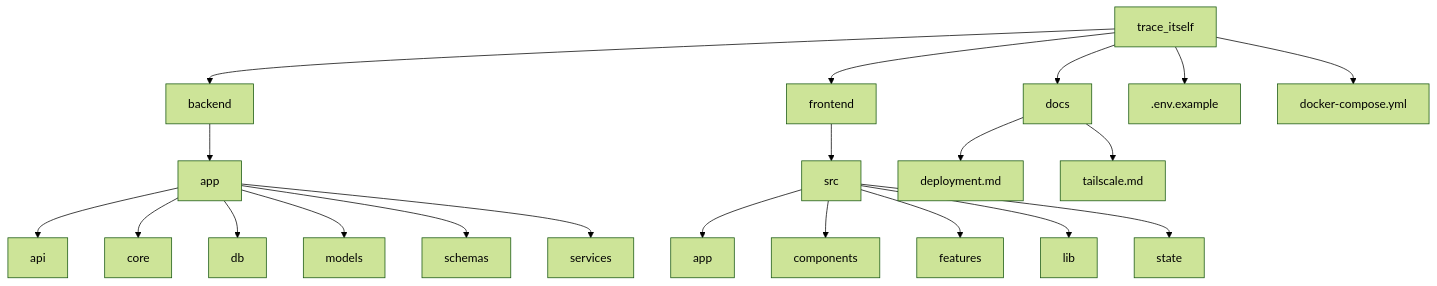
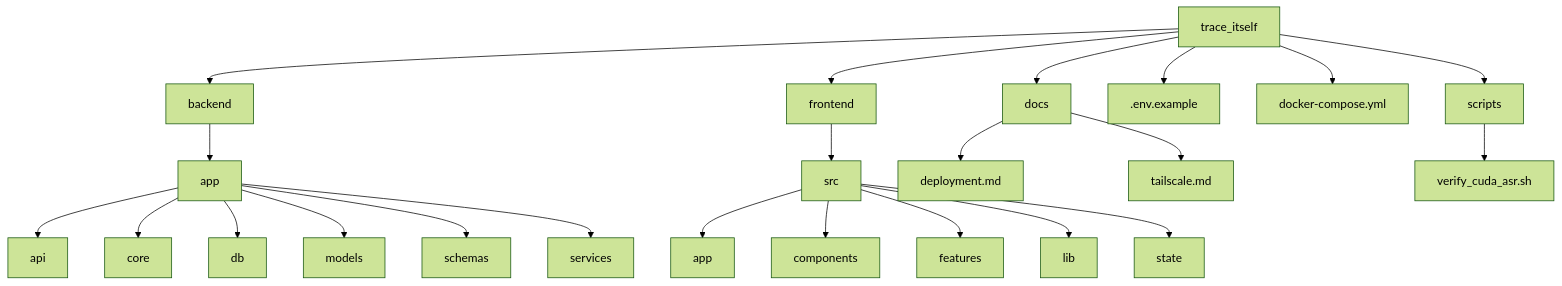
The second of 4 diagrams in README.md (JasonLn0711/trace_itself), drawn with Mermaid (forest theme) before and after one commit. The commit also changed other lines of this file, not shown here.

````diff
--- a/README.md
+++ b/README.md
@@ -97,27 +117,29 @@
 ```mermaid
 flowchart TB
     R[trace_itself]
     R --> B[backend]
     R --> FE[frontend]
     R --> DOCS[docs]
     R --> ENV[.env.example]
     R --> DC[docker-compose.yml]
 
     B --> BAPP[app]
     BAPP --> BAPI[api]
     BAPP --> BCORE[core]
     BAPP --> BDB[db]
     BAPP --> BMODELS[models]
     BAPP --> BSCHEMAS[schemas]
     BAPP --> BSERVICES[services]
 
     FE --> FESRC[src]
     FESRC --> FEAPP[app]
     FESRC --> FECOMP[components]
     FESRC --> FEFEATURES[features]
     FESRC --> FELIB[lib]
     FESRC --> FESTATE[state]
 
     DOCS --> DEPLOY[deployment.md]
     DOCS --> TAILSCALE[tailscale.md]
+    R --> S[scripts]
+    S --> VERIFY[verify_cuda_asr.sh]
 ```
````
